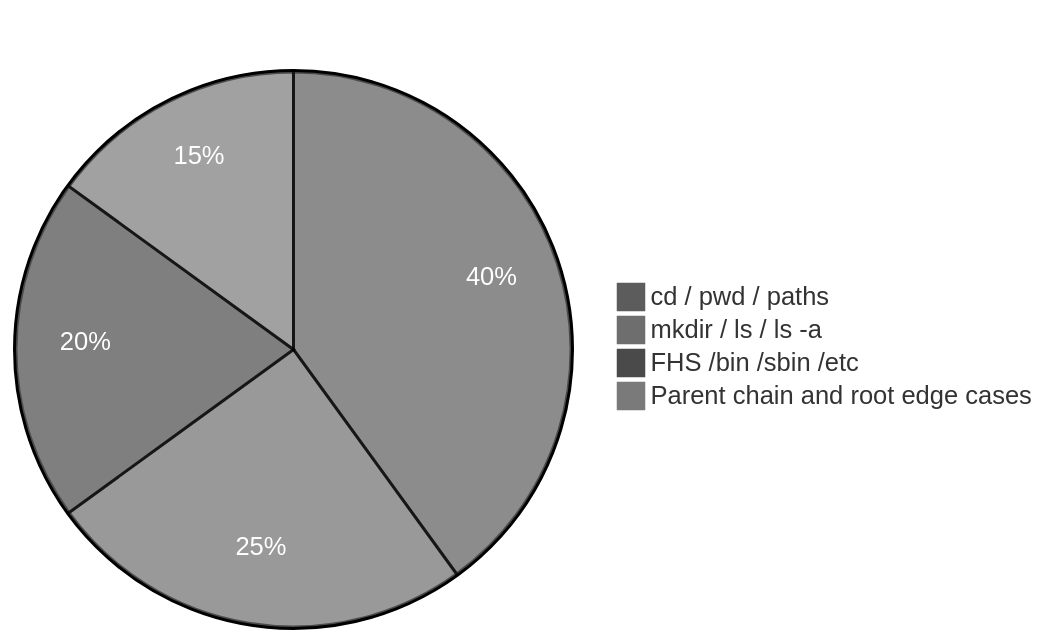
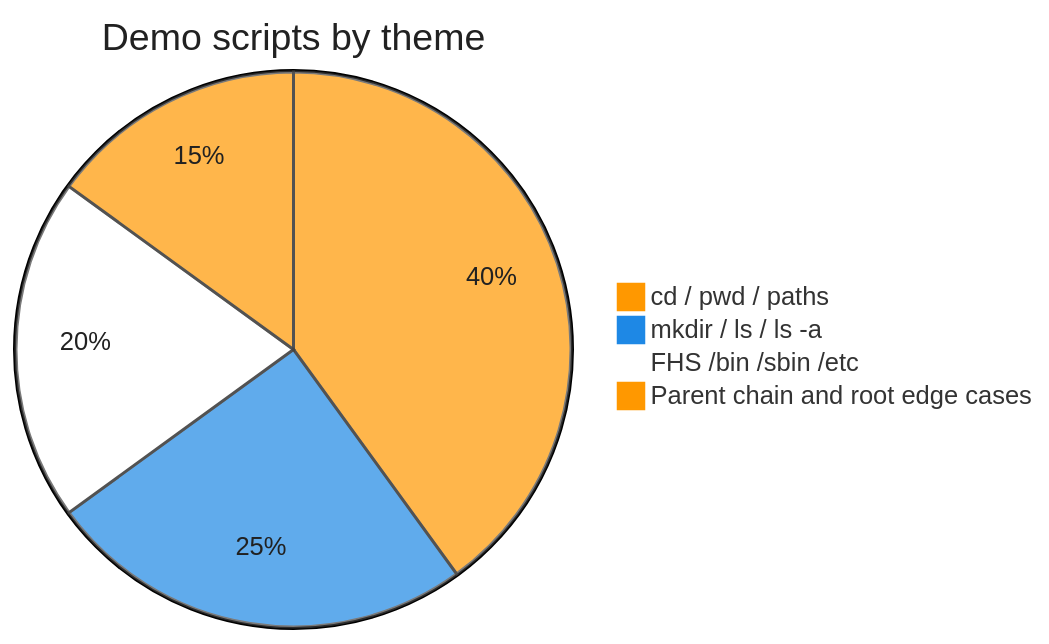
Before and after one commit to chaitussm/Linux-Basics: the diagram in scripts-execution-summary/file-system-navigation-and-hierarchy.md, drawn with Mermaid. The commit also changed 20 other files, not shown here.

First line of the commit message:
Use orange, blue, and white Mermaid pie chart colors

````diff
--- a/scripts-execution-summary/file-system-navigation-and-hierarchy.md
+++ b/scripts-execution-summary/file-system-navigation-and-hierarchy.md
@@ -6,8 +6,8 @@
 ```mermaid
-%%{init: {'theme': 'base', 'themeVariables': {'pie1': '#5c5c5c', 'pie2': '#6e6e6e', 'pie3': '#4a4a4a', 'pie4': '#7a7a7a', 'pie5': '#555555', 'pieTitleTextColor': '#ffffff', 'pieSectionTextColor': '#ffffff'}}}%%
+%%{init: {'theme': 'base', 'themeVariables': {'pie1': '#FF9800', 'pie2': '#1E88E5', 'pie3': '#FFFFFF', 'pie4': '#FF9800', 'pie5': '#1E88E5', 'pieTitleTextColor': '#212121', 'pieSectionTextColor': '#212121', 'pieStrokeColor': '#424242'}}}%%
 pie title Demo scripts by theme
     "cd / pwd / paths" : 40
     "mkdir / ls / ls -a" : 25
     "FHS /bin /sbin /etc" : 20
     "Parent chain and root edge cases" : 15
 ```
````
